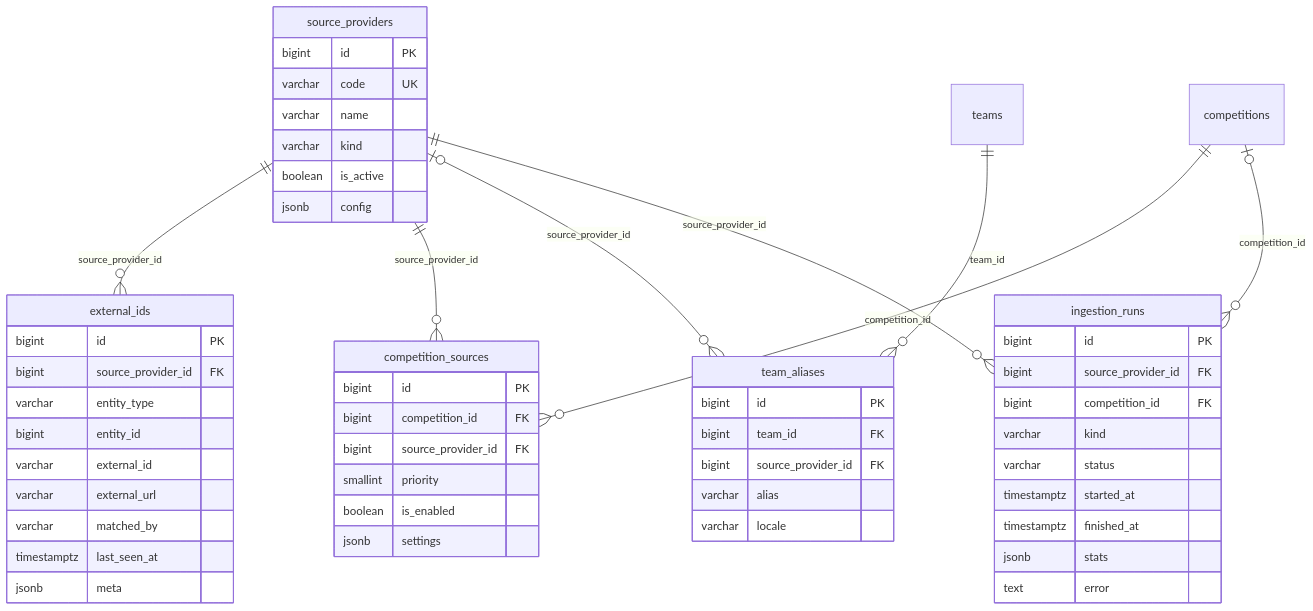
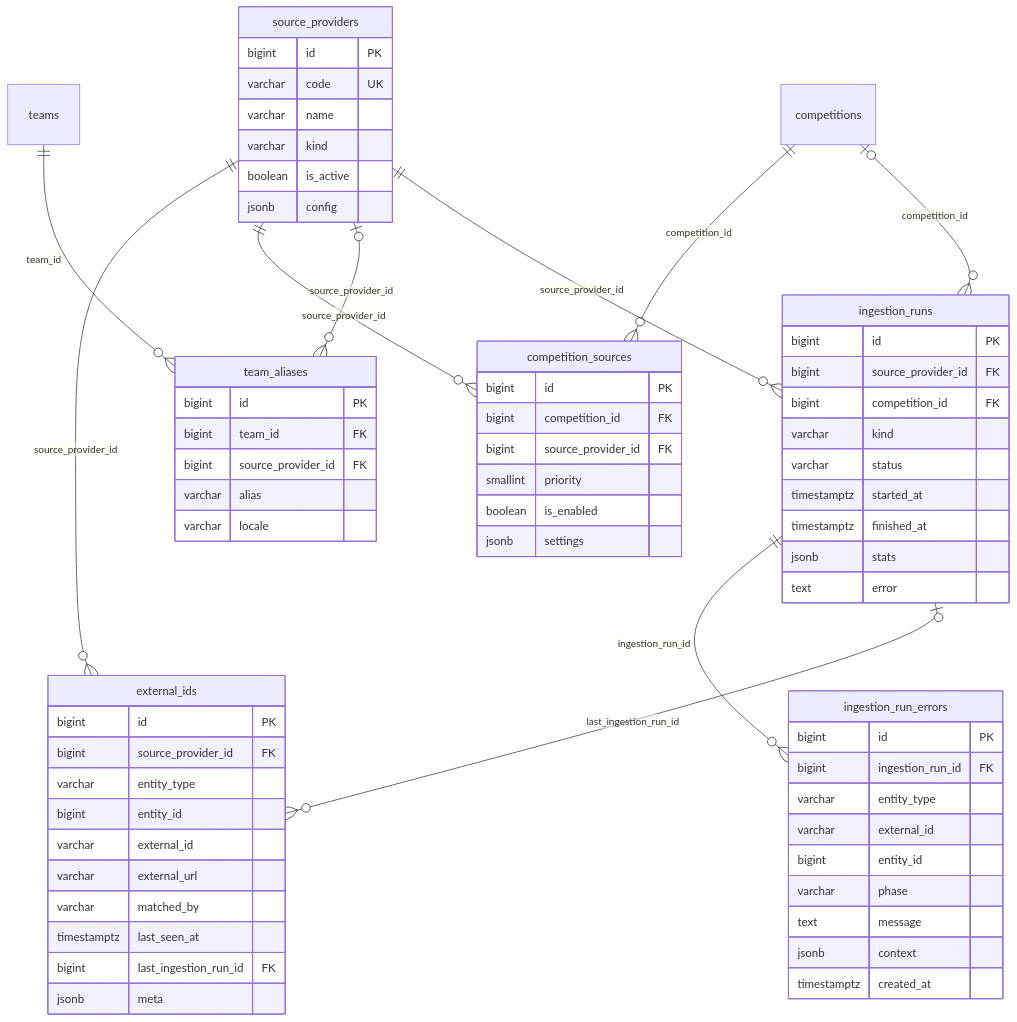
Before and after one commit to ivcDark/matchiq: the seventh of 7 diagrams in docs/database/schema.md, drawn with Mermaid. The commit also changed other lines of this file and 11 other files, not shown here.

Commit message:
docs(architecture): слои Laravel и правила ingestion; наблюдаемость прогонов (ingestion_run_errors, external_ids.last_ingestion_run_id)

````diff
--- a/docs/database/schema.md
+++ b/docs/database/schema.md
@@ -702,55 +702,69 @@
 ```mermaid
 erDiagram
     source_providers {
         bigint id PK
         varchar code UK
         varchar name
         varchar kind
         boolean is_active
         jsonb config
     }
     competition_sources {
         bigint id PK
         bigint competition_id FK
         bigint source_provider_id FK
         smallint priority
         boolean is_enabled
         jsonb settings
     }
     external_ids {
         bigint id PK
         bigint source_provider_id FK
         varchar entity_type
         bigint entity_id
         varchar external_id
         varchar external_url
         varchar matched_by
         timestamptz last_seen_at
+        bigint last_ingestion_run_id FK
         jsonb meta
     }
     team_aliases {
         bigint id PK
         bigint team_id FK
         bigint source_provider_id FK
         varchar alias
         varchar locale
     }
     ingestion_runs {
         bigint id PK
         bigint source_provider_id FK
         bigint competition_id FK
         varchar kind
         varchar status
         timestamptz started_at
         timestamptz finished_at
         jsonb stats
         text error
     }
+    ingestion_run_errors {
+        bigint id PK
+        bigint ingestion_run_id FK
+        varchar entity_type
+        varchar external_id
+        bigint entity_id
+        varchar phase
+        text message
+        jsonb context
+        timestamptz created_at
+    }
     source_providers ||--o{ external_ids : "source_provider_id"
     source_providers ||--o{ competition_sources : "source_provider_id"
     competitions ||--o{ competition_sources : "competition_id"
     teams ||--o{ team_aliases : "team_id"
     source_providers |o--o{ team_aliases : "source_provider_id"
     source_providers ||--o{ ingestion_runs : "source_provider_id"
     competitions |o--o{ ingestion_runs : "competition_id"
+    ingestion_runs ||--o{ ingestion_run_errors : "ingestion_run_id"
+    ingestion_runs |o--o{ external_ids : "last_ingestion_run_id"
 ```
````
